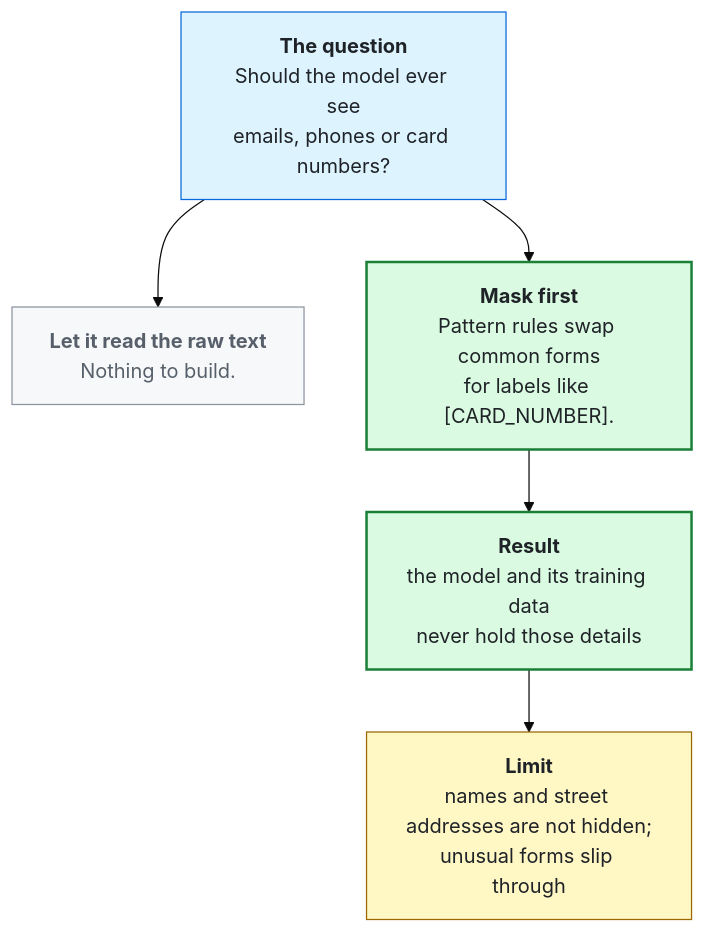
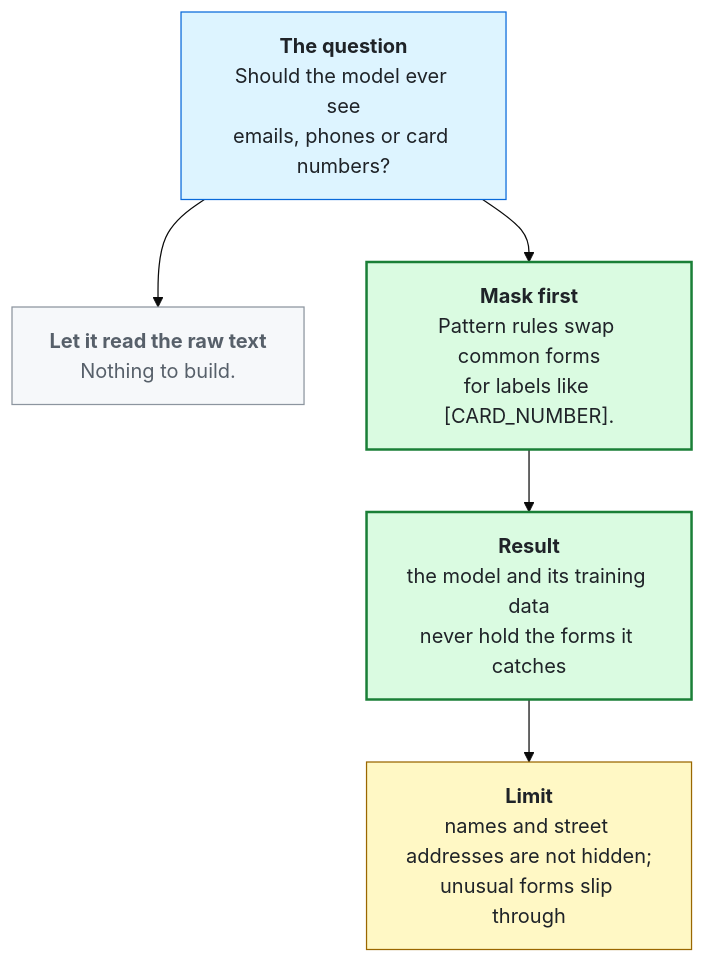
The third of 6 diagrams in docs/guide/design-choices.md (GoudyMT/ai-support-desk-triage), drawn with Mermaid (base theme) before and after one commit. The commit also changed other lines of this file and 3 other files, not shown here.

````diff
--- a/docs/guide/design-choices.md
+++ b/docs/guide/design-choices.md
@@ -59,16 +59,16 @@
 ```mermaid
 flowchart TD
     Q["<b>The question</b><br/>Should the model ever see<br/>emails, phones or card numbers?"]
     Q --> A["<b>Let it read the raw text</b><br/>Nothing to build."]
     Q --> B["<b>Mask first</b><br/>Pattern rules swap common forms<br/>for labels like [CARD_NUMBER]."]
-    B --> RB["<b>Result</b><br/>the model and its training data<br/>never hold those details"]
+    B --> RB["<b>Result</b><br/>the model and its training data<br/>never hold the forms it catches"]
     RB --> C["<b>Limit</b><br/>names and street addresses are not hidden;<br/>unusual forms slip through"]
     classDef q fill:#ddf4ff,stroke:#0969da,color:#1f2328
     classDef off fill:#f6f8fa,stroke:#8c959f,color:#57606a
     classDef pick fill:#dafbe1,stroke:#1a7f37,stroke-width:2px,color:#1f2328
     classDef cost fill:#fff8c5,stroke:#9a6700,color:#1f2328
     class Q q
     class A off
     class B,RB pick
     class C cost
 ```
````
